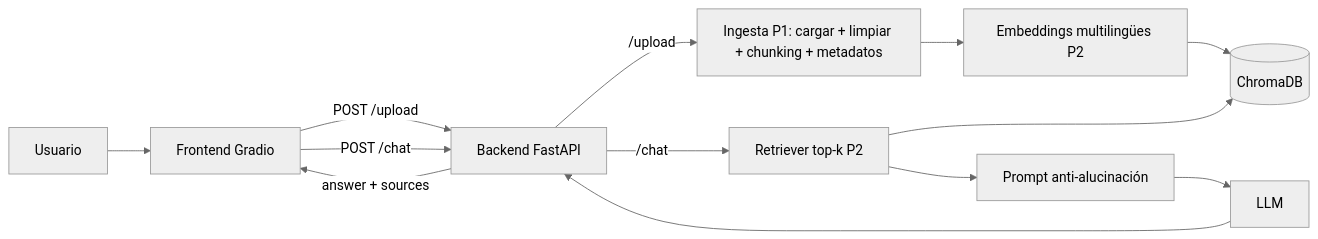
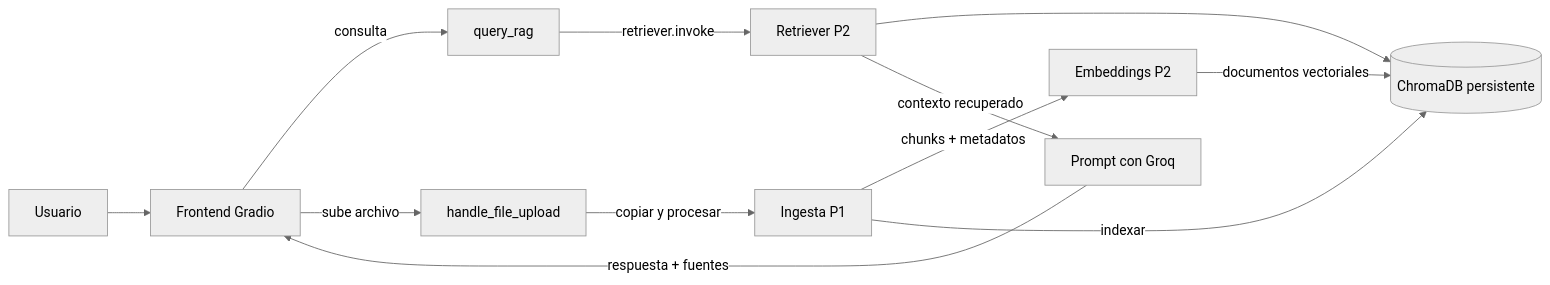
The first of 4 diagrams in docs/arquitectura.md (MariaIsaDurango/DevMind), drawn with Mermaid (neutral theme) before and after one commit. The commit also changed other lines of this file, not shown here.

Commit message:
docs: align architecture with real vector-store flow

````diff
--- a/docs/arquitectura.md
+++ b/docs/arquitectura.md
@@ -13,15 +24,14 @@
 ```mermaid
 flowchart LR
   U[Usuario] --> F[Frontend Gradio]
-  F -->|POST /upload| G[Backend FastAPI]
-  F -->|POST /chat| G
-  G -->|/upload| I[Ingesta P1: cargar + limpiar + chunking + metadatos]
-  I --> E[Embeddings multilingües P2]
-  E --> D[(ChromaDB)]
-  G -->|/chat| R[Retriever top-k P2]
+  F -->|consulta| Q[query_rag]
+  F -->|sube archivo| H[handle_file_upload]
+  H -->|copiar y procesar| I[Ingesta P1]
+  I -->|chunks + metadatos| E[Embeddings P2]
+  E -->|documentos vectoriales| D[(ChromaDB persistente)]
+  Q -->|retriever.invoke| R[Retriever P2]
   R --> D
-  R --> P[Prompt anti-alucinación]
-  P --> L[LLM]
-  L --> G
-  G -->|answer + sources| F
+  R -->|contexto recuperado| P[Prompt con Groq]
+  P -->|respuesta + fuentes| F
+  I -->|indexar| D
 ```
````
